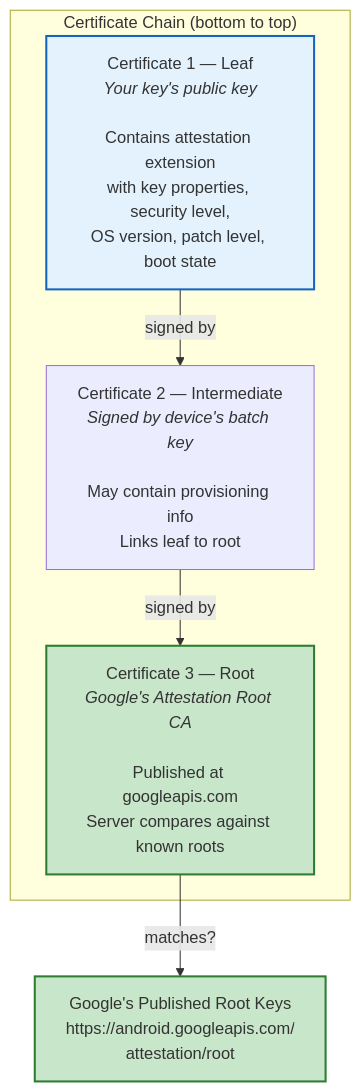
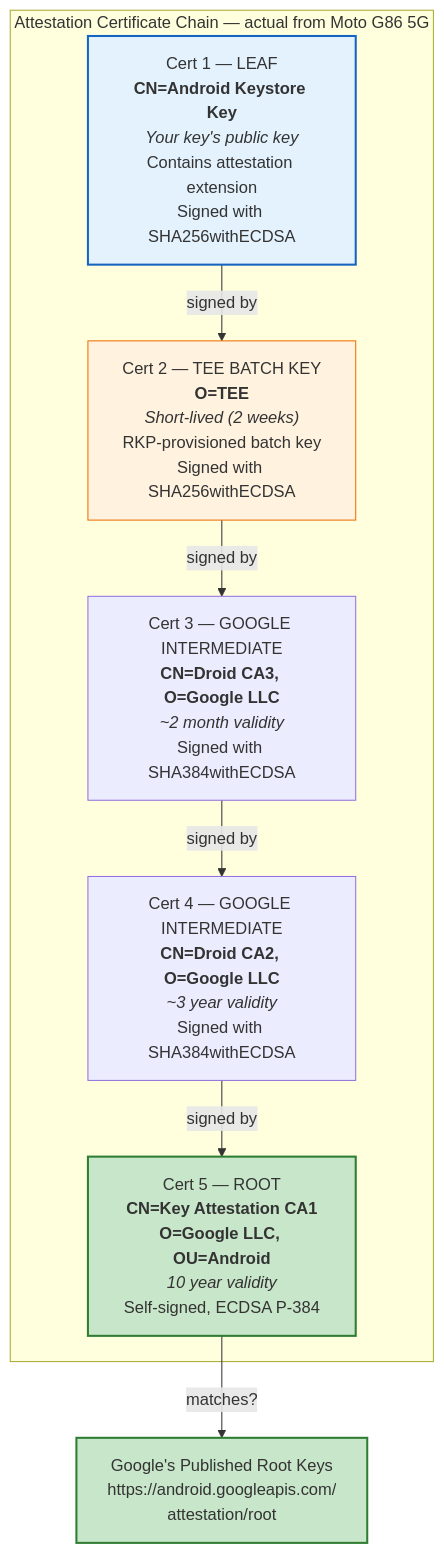
Before and after one commit to TorinKS/android-keystore: the second of 7 diagrams in docs/KEY_ATTESTATION_EXPLAINED.md, drawn with Mermaid. The commit also changed other lines of this file and 6 other files, not shown here.

First line of the commit message:
Fix attestation docs against real Moto G86 5G test results

````diff
--- a/docs/KEY_ATTESTATION_EXPLAINED.md
+++ b/docs/KEY_ATTESTATION_EXPLAINED.md
@@ -30,18 +30,25 @@
 ```mermaid
 graph TD
-    subgraph chain["Certificate Chain (bottom to top)"]
-        LEAF["Certificate 1 — Leaf<br/><i>Your key's public key</i><br/><br/>Contains attestation extension<br/>with key properties, security level,<br/>OS version, patch level, boot state"]
+    subgraph chain["Attestation Certificate Chain — actual from Moto G86 5G"]
+        LEAF["Cert 1 — LEAF<br/><b>CN=Android Keystore Key</b><br/><i>Your key's public key</i><br/>Contains attestation extension<br/>Signed with SHA256withECDSA"]
 
-        INTERMEDIATE["Certificate 2 — Intermediate<br/><i>Signed by device's batch key</i><br/><br/>May contain provisioning info<br/>Links leaf to root"]
+        BATCH["Cert 2 — TEE BATCH KEY<br/><b>O=TEE</b><br/><i>Short-lived (2 weeks)</i><br/>RKP-provisioned batch key<br/>Signed with SHA256withECDSA"]
 
-        ROOT["Certificate 3 — Root<br/><i>Google's Attestation Root CA</i><br/><br/>Published at googleapis.com<br/>Server compares against known roots"]
+        CA3["Cert 3 — GOOGLE INTERMEDIATE<br/><b>CN=Droid CA3, O=Google LLC</b><br/><i>~2 month validity</i><br/>Signed with SHA384withECDSA"]
+
+        CA2["Cert 4 — GOOGLE INTERMEDIATE<br/><b>CN=Droid CA2, O=Google LLC</b><br/><i>~3 year validity</i><br/>Signed with SHA384withECDSA"]
+
+        ROOT["Cert 5 — ROOT<br/><b>CN=Key Attestation CA1</b><br/><b>O=Google LLC, OU=Android</b><br/><i>10 year validity</i><br/>Self-signed, ECDSA P-384"]
     end
 
-    LEAF -->|"signed by"| INTERMEDIATE
-    INTERMEDIATE -->|"signed by"| ROOT
+    LEAF -->|"signed by"| BATCH
+    BATCH -->|"signed by"| CA3
+    CA3 -->|"signed by"| CA2
+    CA2 -->|"signed by"| ROOT
     ROOT -->|"matches?"| GOOGLE["Google's Published Root Keys<br/>https://android.googleapis.com/<br/>attestation/root"]
 
     style ROOT fill:#c8e6c9,stroke:#2e7d32,stroke-width:2px
     style GOOGLE fill:#c8e6c9,stroke:#2e7d32,stroke-width:2px
     style LEAF fill:#e3f2fd,stroke:#1565c0,stroke-width:2px
+    style BATCH fill:#fff3e0,stroke:#ef6c00
 ```
````
